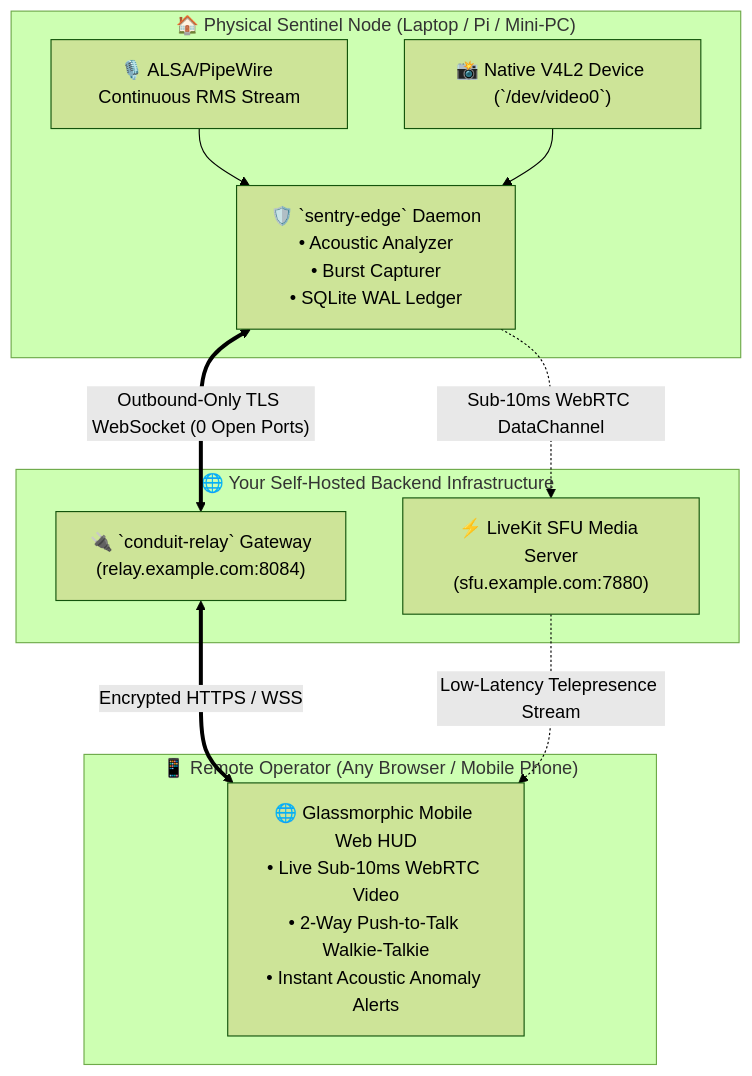
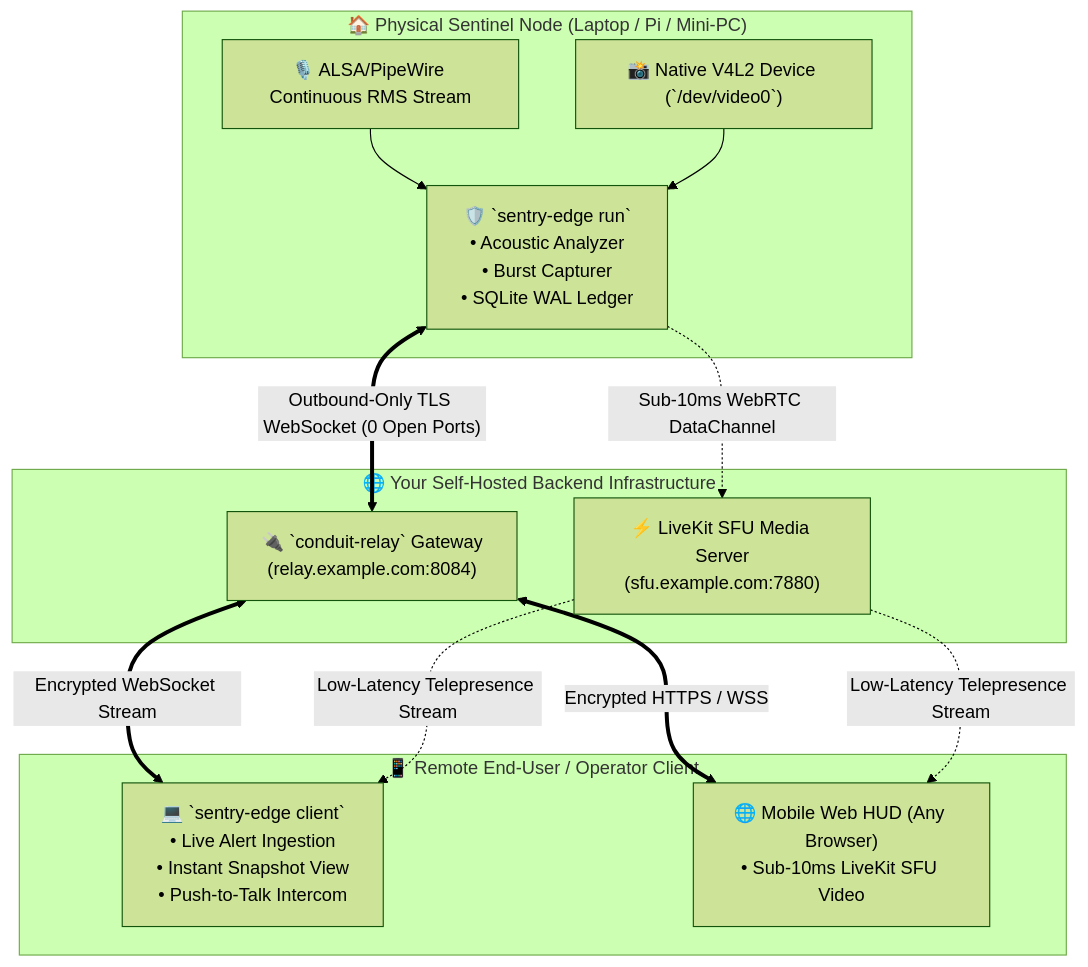
The diagram in README.md (xuoxod/sentry-edge), drawn with Mermaid (forest theme) before and after one commit. The commit also changed other lines of this file and 6 other files, not shown here.

Commit message:
feat(client): add sentry-client end-user remote operator application and live alert viewer

````diff
--- a/README.md
+++ b/README.md
@@ -35,24 +36,27 @@
 ```mermaid
 graph TD
     subgraph EdgeDevice["🏠 Physical Sentinel Node (Laptop / Pi / Mini-PC)"]
         Mic["🎙️ ALSA/PipeWire Continuous RMS Stream"]
         Cam["📸 Native V4L2 Device (`/dev/video0`)"]
-        SentryDaemon["🛡️ `sentry-edge` Daemon<br/>• Acoustic Analyzer<br/>• Burst Capturer<br/>• SQLite WAL Ledger"]
+        SentryDaemon["🛡️ `sentry-edge run`<br/>• Acoustic Analyzer<br/>• Burst Capturer<br/>• SQLite WAL Ledger"]
     end
 
     subgraph SovereignBackend["🌐 Your Self-Hosted Backend Infrastructure"]
         ConduitRelay["🔌 `conduit-relay` Gateway<br/>(relay.example.com:8084)"]
         LiveKitSFU["⚡ LiveKit SFU Media Server<br/>(sfu.example.com:7880)"]
     end
 
-    subgraph OperatorViewport["📱 Remote Operator (Any Browser / Mobile Phone)"]
-        MobileHUD["🌐 Glassmorphic Mobile Web HUD<br/>• Live Sub-10ms WebRTC Video<br/>• 2-Way Push-to-Talk Walkie-Talkie<br/>• Instant Acoustic Anomaly Alerts"]
+    subgraph OperatorViewport["📱 Remote End-User / Operator Client"]
+        ClientApp["💻 `sentry-edge client`<br/>• Live Alert Ingestion<br/>• Instant Snapshot View<br/>• Push-to-Talk Intercom"]
+        MobileHUD["🌐 Mobile Web HUD (Any Browser)<br/>• Sub-10ms LiveKit SFU Video"]
     end
 
     Mic --> SentryDaemon
     Cam --> SentryDaemon
     SentryDaemon <== "Outbound-Only TLS WebSocket (0 Open Ports)" ==> ConduitRelay
     SentryDaemon -.->|"Sub-10ms WebRTC DataChannel"| LiveKitSFU
+    ConduitRelay <== "Encrypted WebSocket Stream" ==> ClientApp
     ConduitRelay <== "Encrypted HTTPS / WSS" ==> MobileHUD
+    LiveKitSFU -.->|"Low-Latency Telepresence Stream"| ClientApp
     LiveKitSFU -.->|"Low-Latency Telepresence Stream"| MobileHUD
 ```
````
